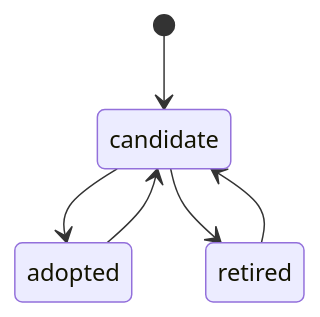
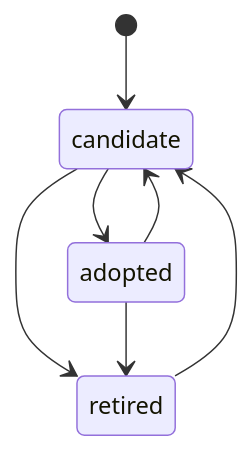
Before and after one commit to suwa-sh/zenn-contents: diagram 14 of 14 in articles/skill-adoption-ab-eval-harness_20260720.md, drawn with Mermaid. The commit also changed other lines of this file, not shown here.

````diff
--- a/articles/skill-adoption-ab-eval-harness_20260720.md
+++ b/articles/skill-adoption-ab-eval-harness_20260720.md
@@ -1216,8 +1217,9 @@
 ```mermaid
 stateDiagram-v2
     [*] --> candidate
     candidate --> adopted
     candidate --> retired
     retired --> candidate
     adopted --> candidate
+    adopted --> retired
 ```
````
